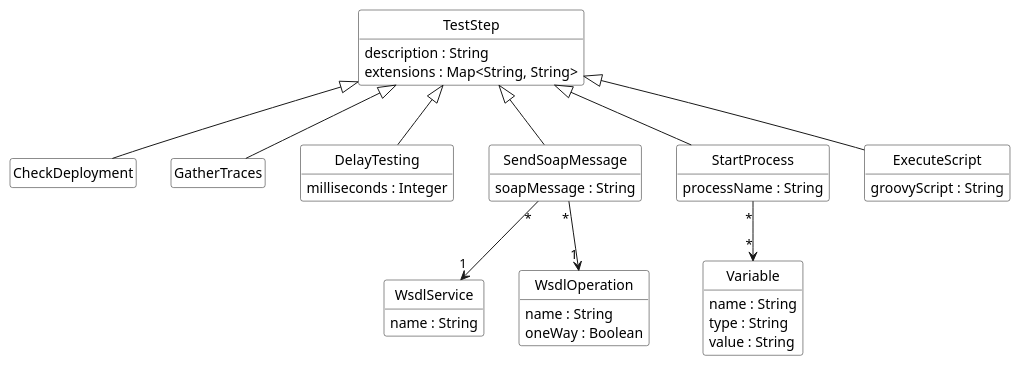
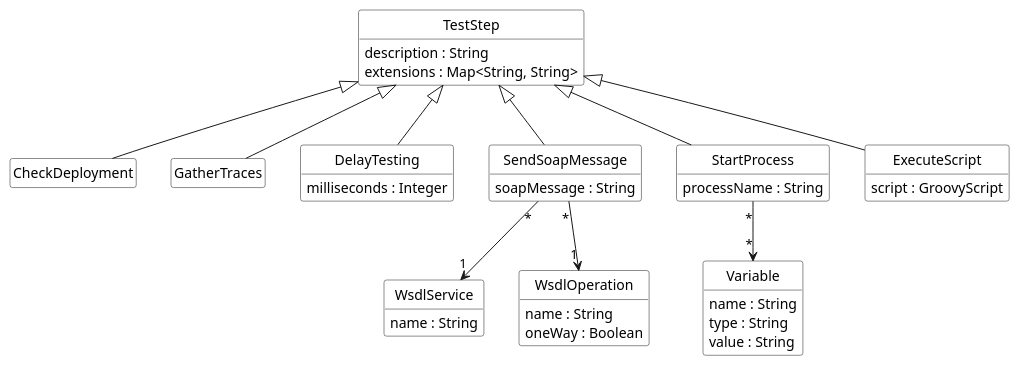
One commit to uniba-dsg/betsy changed the diagram in pebl/doc/benchmark-test-steps.puml. Above: the diagram before and after it, drawn with PlantUML. The commit also changed 3 other files, not shown here.

Commit message:
use GroovyScript and XPathExpression as DDD classes.

```diff
--- a/pebl/doc/benchmark-test-steps.puml
+++ b/pebl/doc/benchmark-test-steps.puml
@@ -1,51 +1,51 @@
 @startuml
 
 	class TestStep {
 	  description : String
 	  extensions : Map<String, String>
 	}
 
 	class CheckDeployment extends TestStep
 	class GatherTraces extends TestStep
 	class DelayTesting extends TestStep {
 	  milliseconds : Integer
 	}
 	class SendSoapMessage extends TestStep {
 	  soapMessage : String
 
 	}
 	class WsdlService{
 	 name : String
 	}
 	class WsdlOperation {
 	name : String
 	oneWay : Boolean
 	}
 	class StartProcess extends TestStep{
 	  processName : String
 	}
 
 	class ExecuteScript extends TestStep {
-	      groovyScript : String
+	      script : GroovyScript
     	}
 
 	class Variable {
 	  name : String
 	  type : String
 	  value : String
 	}
 
 
 StartProcess "*" -down-> "*" Variable
 SendSoapMessage "*" -down-> "1" WsdlService
 SendSoapMessage "*" -down-> "1" WsdlOperation
 
 hide empty members
 hide empty methods
 hide circle
 
 skinparam monochrome true
 skinparam shadowing false
 skinparam packageStyle rect
 skinparam classBackgroundColor white
 @enduml
```
